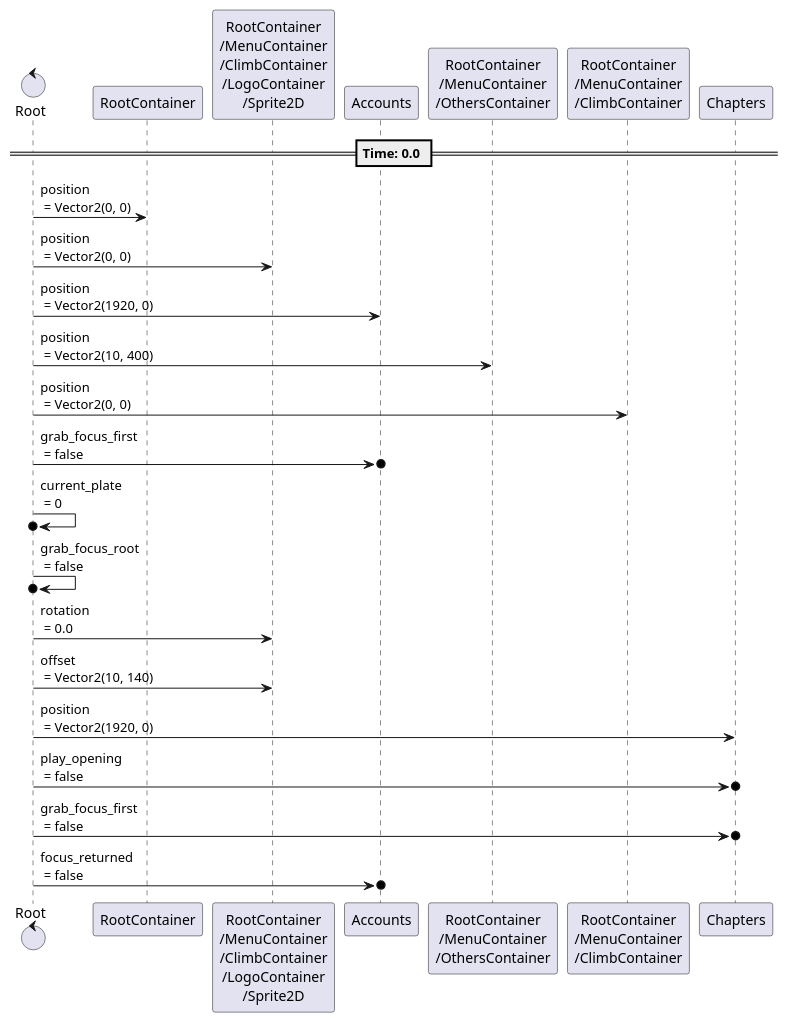
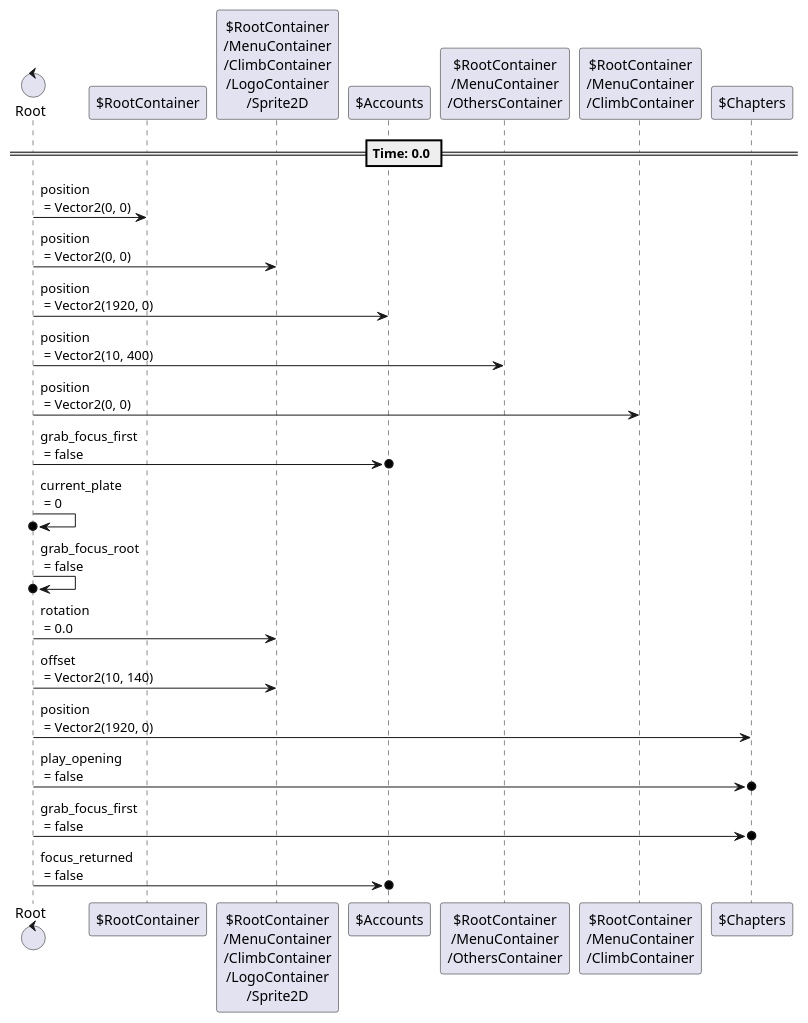
The second of 9 diagrams in content/scenes/src/beginning/menu/menu.tscn.adoc (tkmfujise/Platformer-Game-Learning), drawn with PlantUML before and after one commit. The commit also changed other lines of this file and 31 other files, not shown here.

Commit message:
Add prefix $ to node name in animation sequences

```diff
--- a/content/scenes/src/beginning/menu/menu.tscn.adoc
+++ b/content/scenes/src/beginning/menu/menu.tscn.adoc
@@ -296,30 +296,30 @@
 [plantuml]
 ....
-control "Root" as Root
-participant "RootContainer" as T0
-participant "RootContainer\n/MenuContainer\n/ClimbContainer\n/LogoContainer\n/Sprite2D" as T1
-participant "Accounts" as T2
-participant "RootContainer\n/MenuContainer\n/OthersContainer" as T3
-participant "RootContainer\n/MenuContainer\n/ClimbContainer" as T4
-participant "Chapters" as T10
+control "Root" as R
+participant "$RootContainer" as T0
+participant "$RootContainer\n/MenuContainer\n/ClimbContainer\n/LogoContainer\n/Sprite2D" as T1
+participant "$Accounts" as T2
+participant "$RootContainer\n/MenuContainer\n/OthersContainer" as T3
+participant "$RootContainer\n/MenuContainer\n/ClimbContainer" as T4
+participant "$Chapters" as T10
 
 
 
 == Time: 0.0 ==
-Root  ->  T0 : position\n = Vector2(0, 0)
-Root  ->  T1 : position\n = Vector2(0, 0)
-Root  ->  T2 : position\n = Vector2(1920, 0)
-Root  ->  T3 : position\n = Vector2(10, 400)
-Root  ->  T4 : position\n = Vector2(0, 0)
-Root  ->o  T2 : grab_focus_first\n = false
-Root  ->o  Root : current_plate\n = 0
-Root  ->o  Root : grab_focus_root\n = false
-Root  ->  T1 : rotation\n = 0.0
-Root  ->  T1 : offset\n = Vector2(10, 140)
-Root  ->  T10 : position\n = Vector2(1920, 0)
-Root  ->o  T10 : play_opening\n = false
-Root  ->o  T10 : grab_focus_first\n = false
-Root  ->o  T2 : focus_returned\n = false
+R  ->  T0 : position\n = Vector2(0, 0)
+R  ->  T1 : position\n = Vector2(0, 0)
+R  ->  T2 : position\n = Vector2(1920, 0)
+R  ->  T3 : position\n = Vector2(10, 400)
+R  ->  T4 : position\n = Vector2(0, 0)
+R  ->o  T2 : grab_focus_first\n = false
+R  ->o  R : current_plate\n = 0
+R  ->o  R : grab_focus_root\n = false
+R  ->  T1 : rotation\n = 0.0
+R  ->  T1 : offset\n = Vector2(10, 140)
+R  ->  T10 : position\n = Vector2(1920, 0)
+R  ->o  T10 : play_opening\n = false
+R  ->o  T10 : grab_focus_first\n = false
+R  ->o  T2 : focus_returned\n = false
 
 
 ....
```
